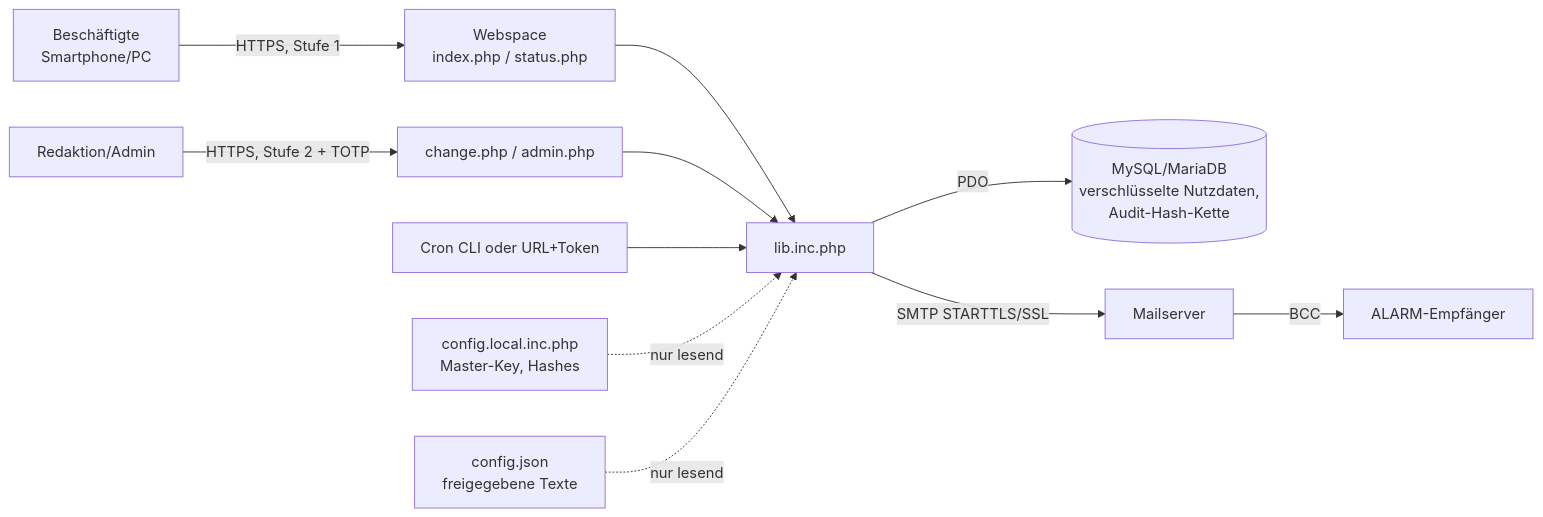
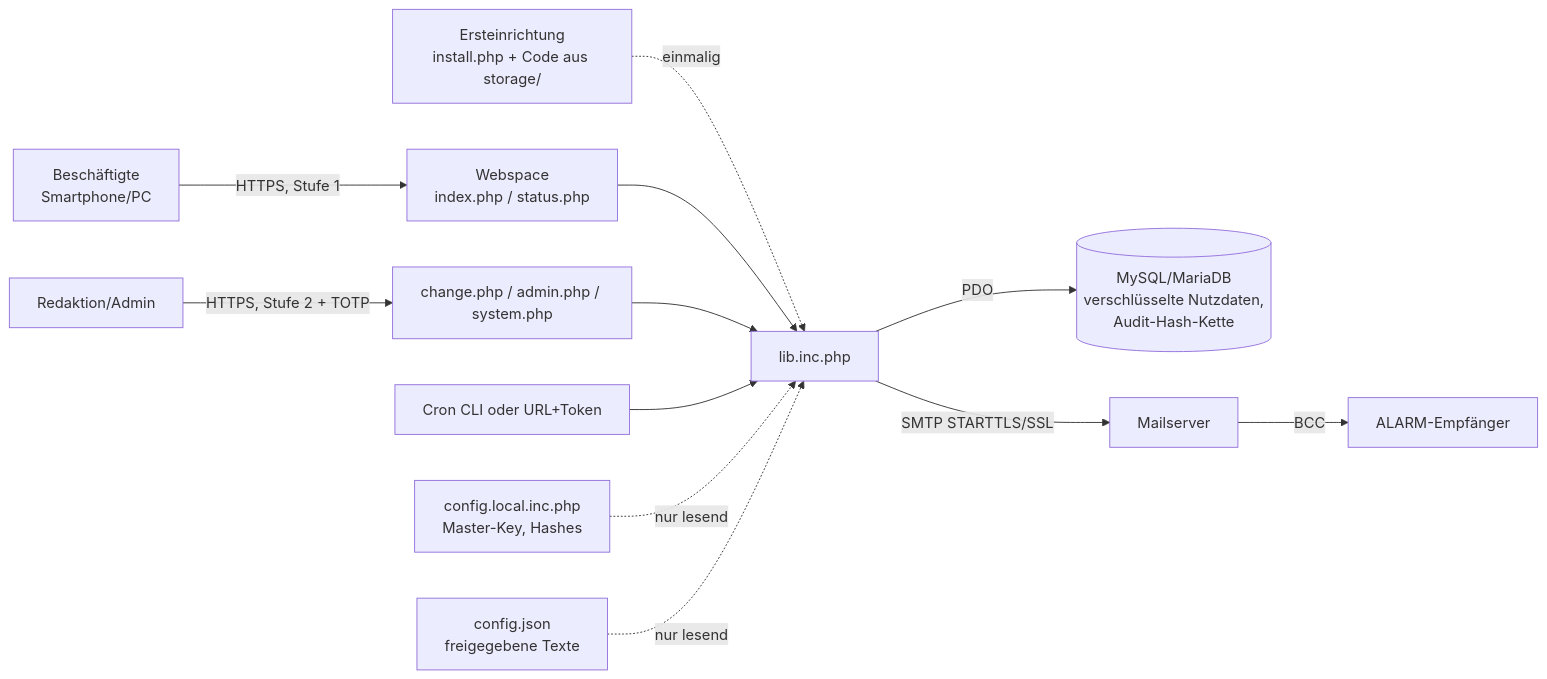
Before and after one commit to yannickid/Status-BCM: the diagram in docs/05-sicherheit-und-audit.md, drawn with Mermaid. The commit also changed other lines of this file and 23 other files, not shown here.

````diff
--- a/docs/05-sicherheit-und-audit.md
+++ b/docs/05-sicherheit-und-audit.md
@@ -46,12 +46,13 @@
 ```mermaid
 flowchart LR
   B[Beschäftigte<br>Smartphone/PC] -- HTTPS, Stufe 1 --> W[Webspace<br>index.php / status.php]
-  R[Redaktion/Admin] -- HTTPS, Stufe 2 + TOTP --> C[change.php / admin.php]
+  R[Redaktion/Admin] -- HTTPS, Stufe 2 + TOTP --> C[change.php / admin.php / system.php]
+  I[Ersteinrichtung<br>install.php + Code aus storage/] -. einmalig .-> L
   W --> L[lib.inc.php]
   C --> L
   L -- PDO --> D[(MySQL/MariaDB<br>verschlüsselte Nutzdaten,<br>Audit-Hash-Kette)]
   L -- SMTP STARTTLS/SSL --> M[Mailserver] -- BCC --> E[ALARM-Empfänger]
   K[Cron CLI oder URL+Token] --> L
   F[config.local.inc.php<br>Master-Key, Hashes] -. nur lesend .-> L
   J[config.json<br>freigegebene Texte] -. nur lesend .-> L
 ```
````
